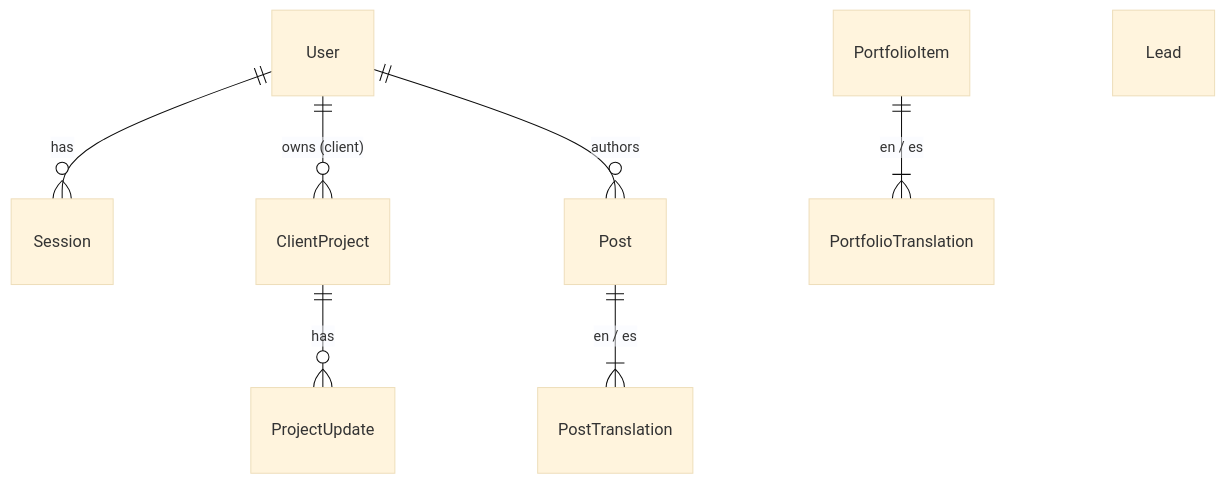
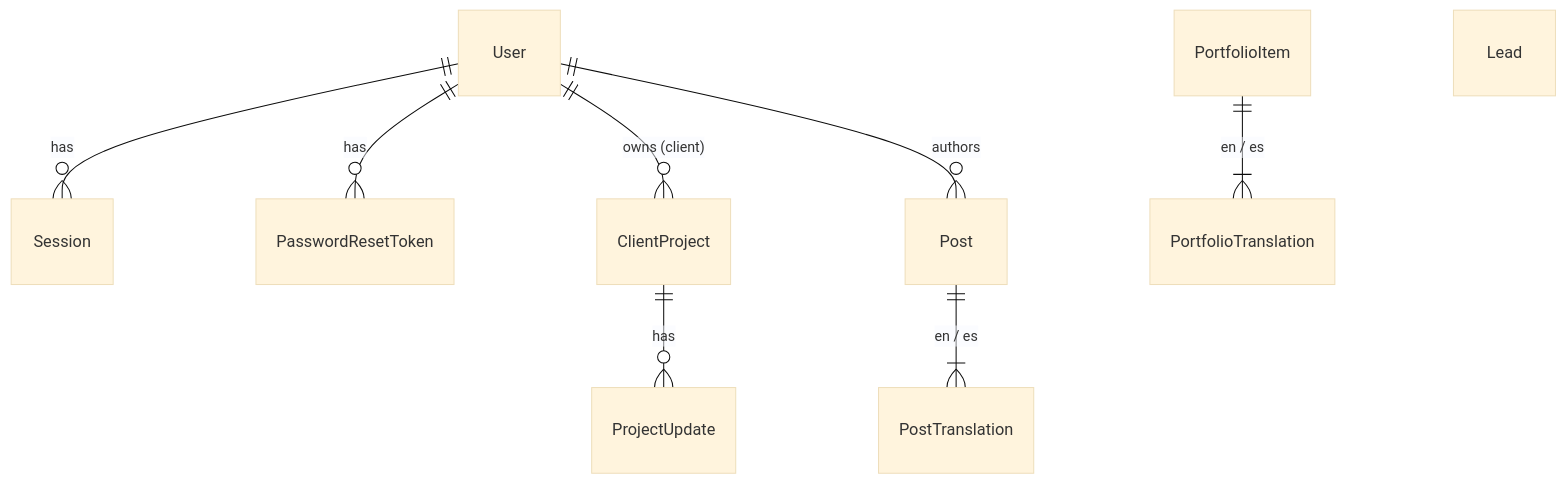
Before and after one commit to Codeqlick/Codeqlick: the second of 3 diagrams in docs/architecture.md, drawn with Mermaid (base theme). The commit also changed other lines of this file and 25 other files, not shown here.

First line of the commit message:
feat: reset a forgotten password by email

````diff
--- a/docs/architecture.md
+++ b/docs/architecture.md
@@ -116,10 +116,11 @@
 ```mermaid
 erDiagram
   User ||--o{ Session : has
+  User ||--o{ PasswordResetToken : has
   User ||--o{ ClientProject : "owns (client)"
   User ||--o{ Post : authors
   ClientProject ||--o{ ProjectUpdate : has
   Post ||--|{ PostTranslation : "en / es"
   PortfolioItem ||--|{ PortfolioTranslation : "en / es"
   Lead
 ```
````
